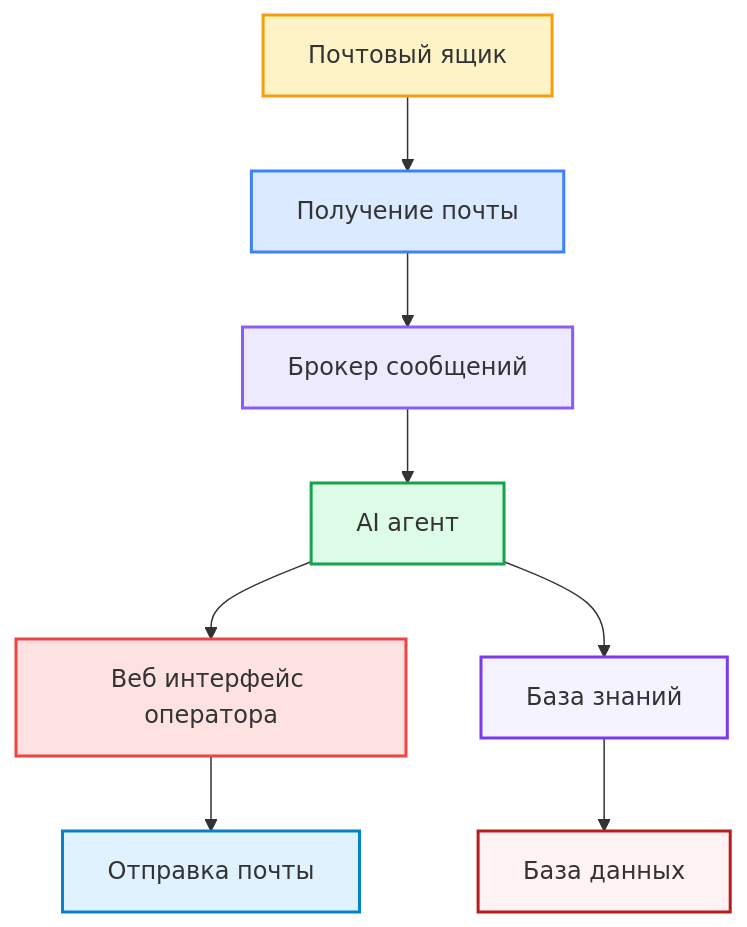
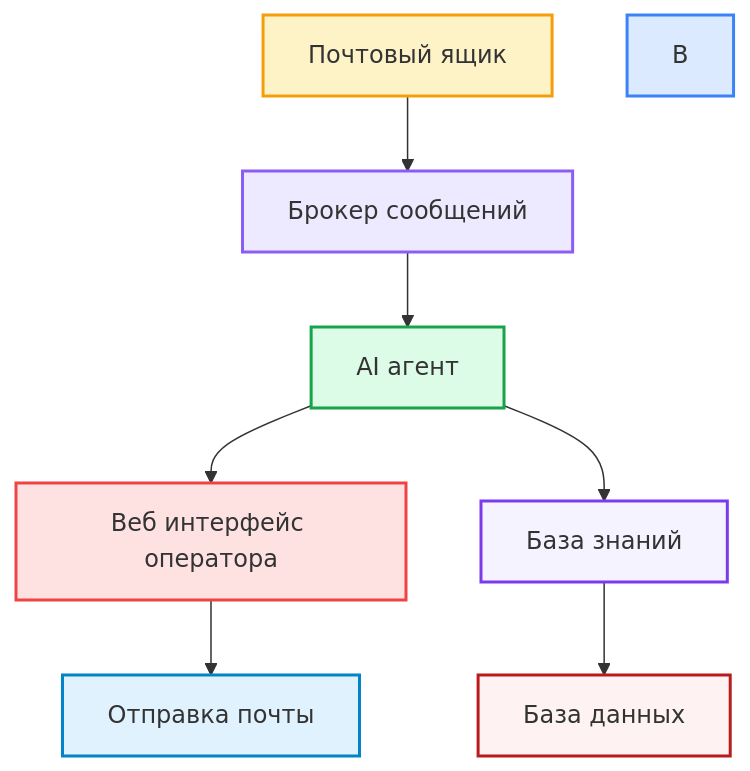
The diagram in README.md (maksosTeam/enigma_hack_2026), drawn with Mermaid before and after one commit.

````diff
--- a/README.md
+++ b/README.md
@@ -69,20 +69,19 @@
 ```mermaid
 flowchart TD
-    A[Почтовый ящик] --> B[Получение почты]
-    B --> C[Брокер сообщений]
+    A[Почтовый ящик] --> C[Брокер сообщений]
     C --> D[AI агент]
     D --> E[Веб интерфейс оператора]
     E --> F[Отправка почты]
 
     D --> G[База знаний]
     G --> H[База данных]
 
     style A fill:#fef3c7,stroke:#f59e0b,stroke-width:2px
     style B fill:#dbeafe,stroke:#3b82f6,stroke-width:2px
     style C fill:#ede9fe,stroke:#8b5cf6,stroke-width:2px
     style D fill:#dcfce7,stroke:#16a34a,stroke-width:2px
     style E fill:#fee2e2,stroke:#ef4444,stroke-width:2px
     style F fill:#e0f2fe,stroke:#0284c7,stroke-width:2px
     style G fill:#f5f3ff,stroke:#7c3aed,stroke-width:2px
     style H fill:#fef2f2,stroke:#b91c1c,stroke-width:2px
 ```
````
